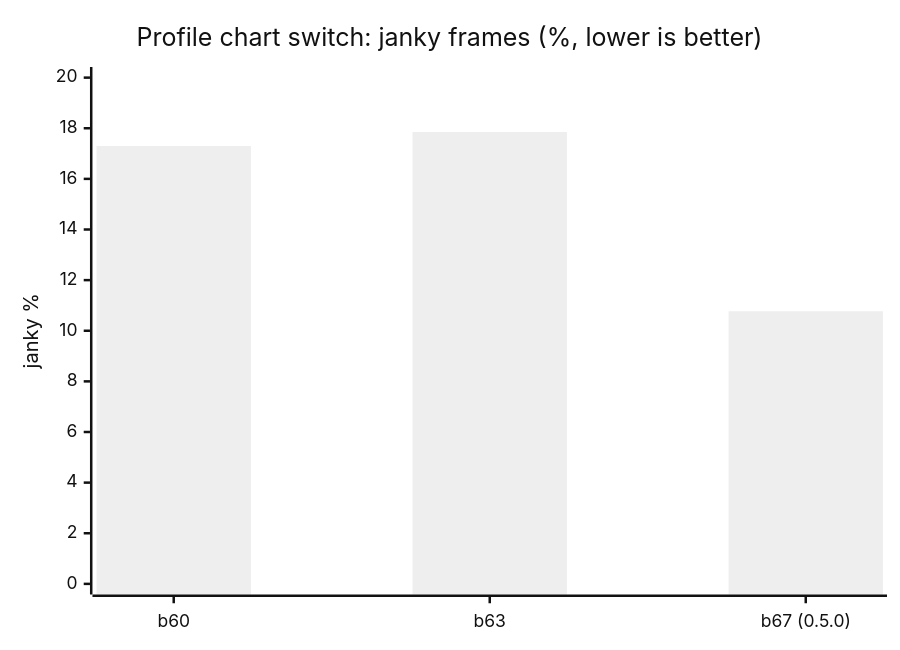
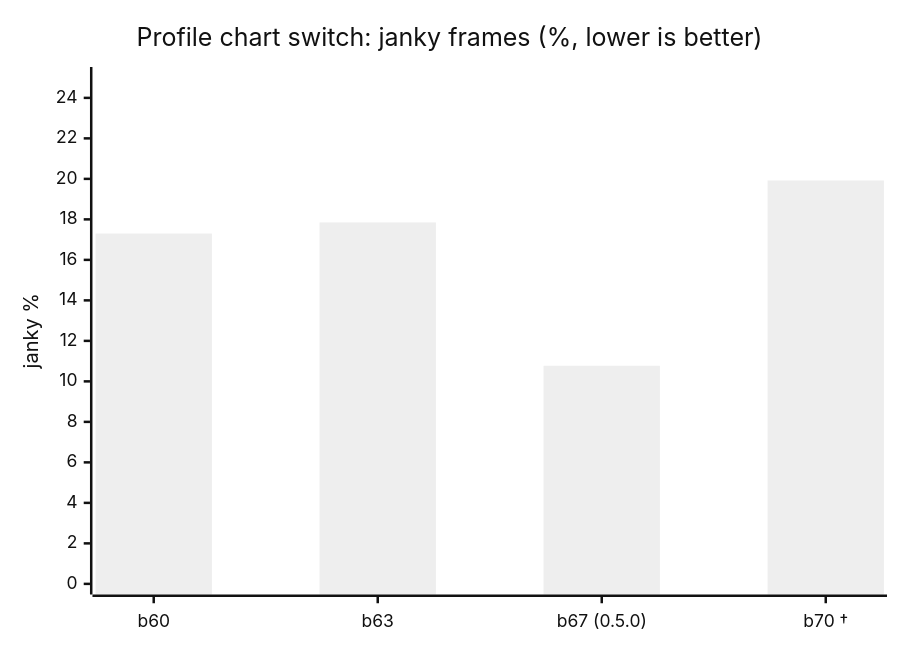
One commit to faiz03-glicth/teras-releases changed the second of 3 diagrams in performance/README.md. Above: the diagram before and after it, drawn with Mermaid (neutral theme). The commit also changed other lines of this file, not shown here.

Commit message:
Performance page: build 70's second Home run, chart switch, memory and cold start, with the phone-temperature caveat

````diff
--- a/performance/README.md
+++ b/performance/README.md
@@ -53,7 +63,7 @@
 ```mermaid
 xychart-beta
   title "Profile chart switch: janky frames (%, lower is better)"
-  x-axis ["b60", "b63", "b67 (0.5.0)"]
-  y-axis "janky %" 0 --> 20
-  bar [17.3, 17.85, 10.77]
+  x-axis ["b60", "b63", "b67 (0.5.0)", "b70 †"]
+  y-axis "janky %" 0 --> 25
+  bar [17.3, 17.85, 10.77, 19.92]
 ```
````
